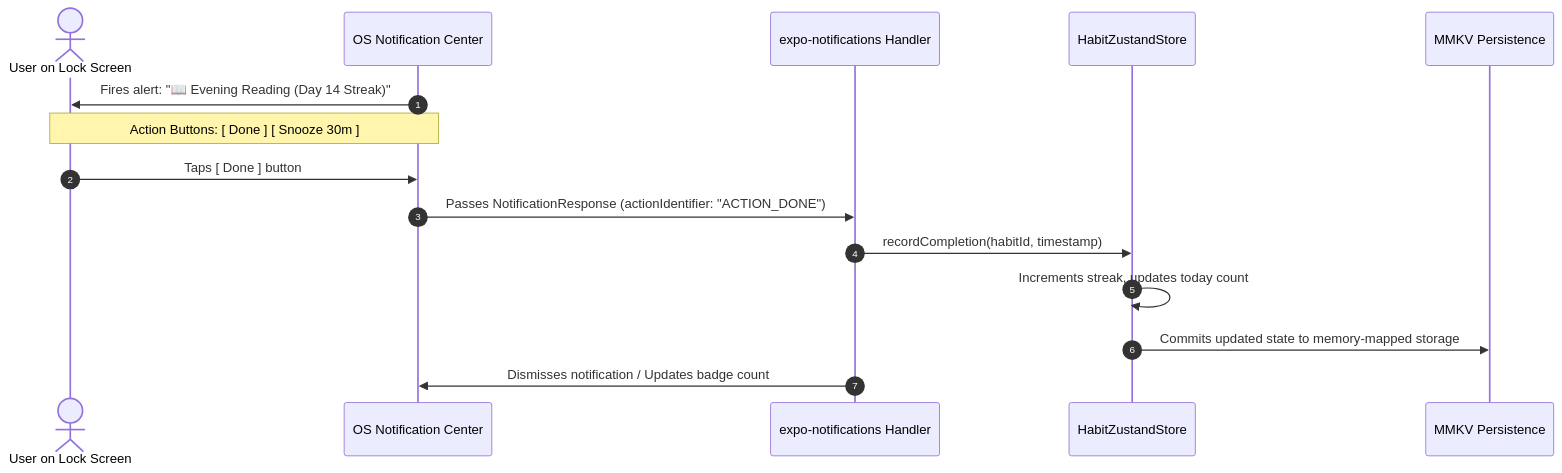
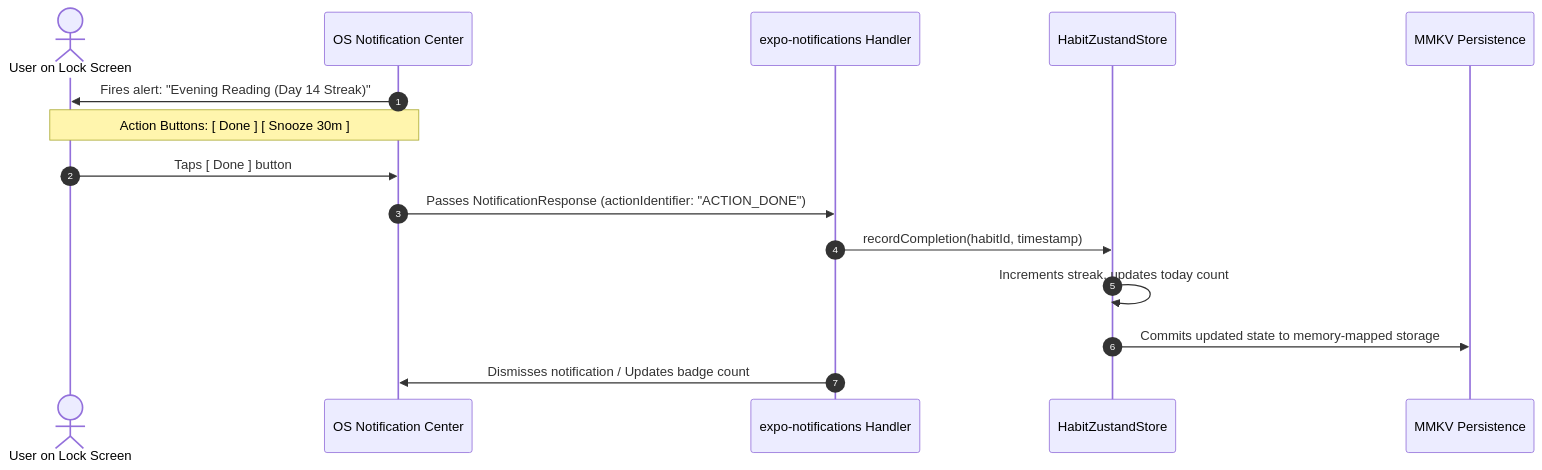
Before and after one commit to rahat4528/daybook: the fifth of 11 diagrams in docs/five-core-features-blueprint.md, drawn with Mermaid. The commit also changed other lines of this file and 28 other files, not shown here.

````diff
--- a/docs/five-core-features-blueprint.md
+++ b/docs/five-core-features-blueprint.md
@@ -503,18 +503,18 @@
 ```mermaid
 sequenceDiagram
     autonumber
     actor User as User on Lock Screen
     participant System as OS Notification Center
     participant NotifHandler as expo-notifications Handler
     participant Zustand as HabitZustandStore
     participant MMKV as MMKV Persistence
     
-    System->>User: Fires alert: "📖 Evening Reading (Day 14 Streak)"
+    System->>User: Fires alert: "Evening Reading (Day 14 Streak)"
     Note over User,System: Action Buttons: [ Done ]  [ Snooze 30m ]
     User->>System: Taps [ Done ] button
     System->>NotifHandler: Passes NotificationResponse (actionIdentifier: "ACTION_DONE")
     NotifHandler->>Zustand: recordCompletion(habitId, timestamp)
     Zustand->>Zustand: Increments streak, updates today count
     Zustand->>MMKV: Commits updated state to memory-mapped storage
     NotifHandler->>System: Dismisses notification / Updates badge count
 ```
````
